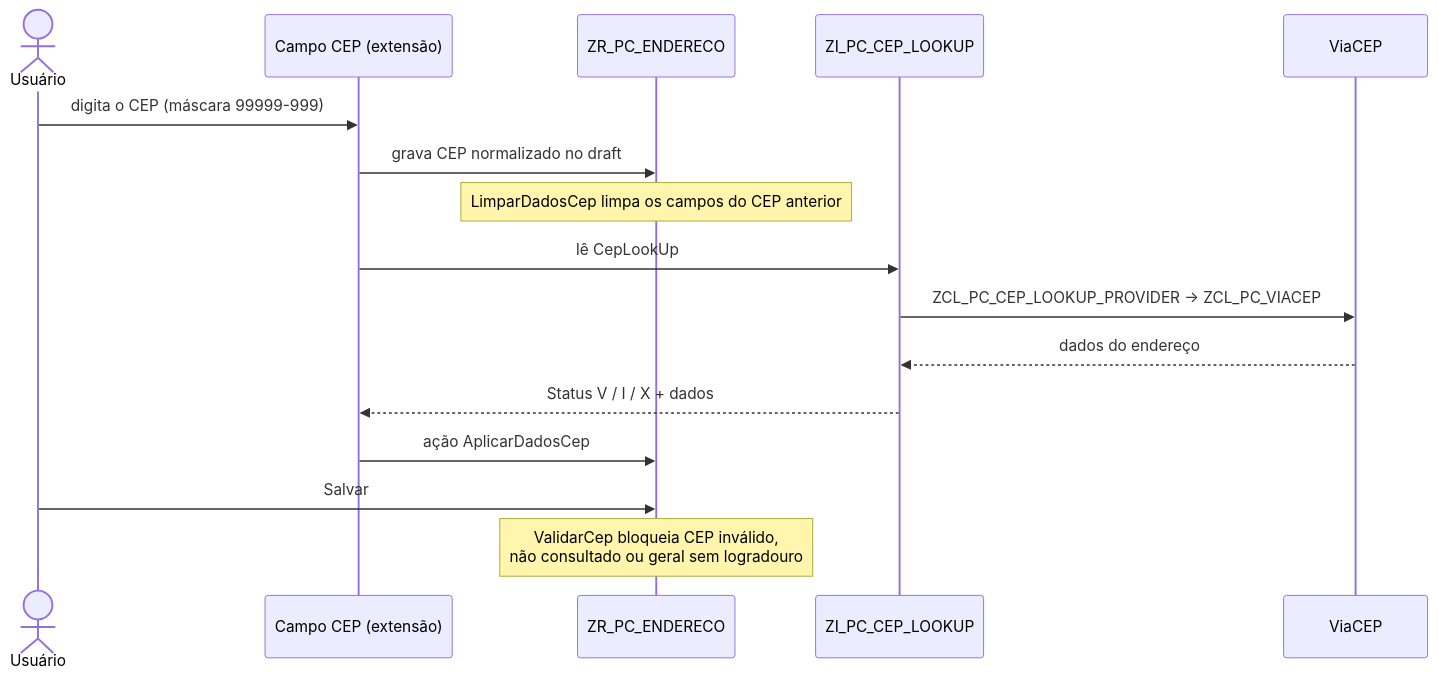
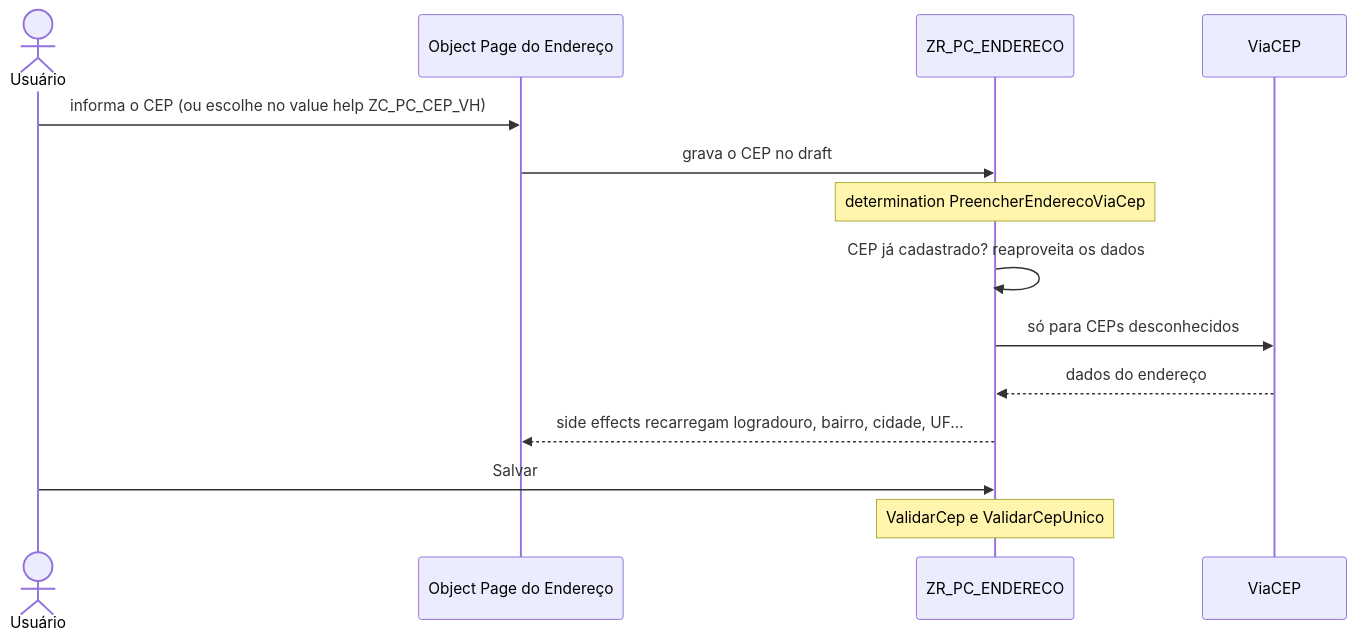
The third of 3 diagrams in README.md (AdrianoBispo/sap-abap-rap-pedidos-de-compras-app), drawn with Mermaid before and after one commit. The commit also changed other lines of this file and 1 other file, not shown here.

First line of the commit message:
docs: document the new Fiori tools front-end and the real CEP flow

````diff
--- a/README.md
+++ b/README.md
@@ -398,19 +394,17 @@
 ```mermaid
 sequenceDiagram
     actor U as Usuário
-    participant UI as Campo CEP (extensão)
+    participant UI as Object Page do Endereço
     participant BO as ZR_PC_ENDERECO
-    participant CE as ZI_PC_CEP_LOOKUP
     participant API as ViaCEP
 
-    U->>UI: digita o CEP (máscara 99999-999)
-    UI->>BO: grava CEP normalizado no draft
-    Note over BO: LimparDadosCep limpa os campos do CEP anterior
-    UI->>CE: lê CepLookUp
-    CE->>API: ZCL_PC_CEP_LOOKUP_PROVIDER → ZCL_PC_VIACEP
-    API-->>CE: dados do endereço
-    CE-->>UI: Status V / I / X + dados
-    UI->>BO: ação AplicarDadosCep
+    U->>UI: informa o CEP (ou escolhe no value help ZC_PC_CEP_VH)
+    UI->>BO: grava o CEP no draft
+    Note over BO: determination PreencherEnderecoViaCep
+    BO->>BO: CEP já cadastrado? reaproveita os dados
+    BO->>API: só para CEPs desconhecidos
+    API-->>BO: dados do endereço
+    BO-->>UI: side effects recarregam logradouro, bairro, cidade, UF...
     U->>BO: Salvar
-    Note over BO: ValidarCep bloqueia CEP inválido,<br/>não consultado ou geral sem logradouro
+    Note over BO: ValidarCep e ValidarCepUnico
 ```
````
